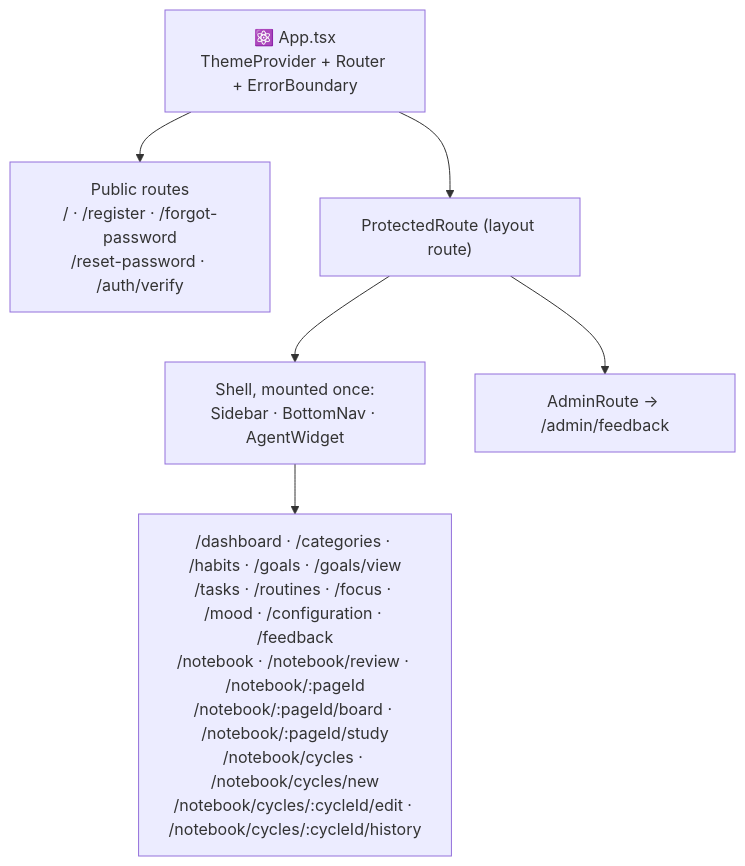
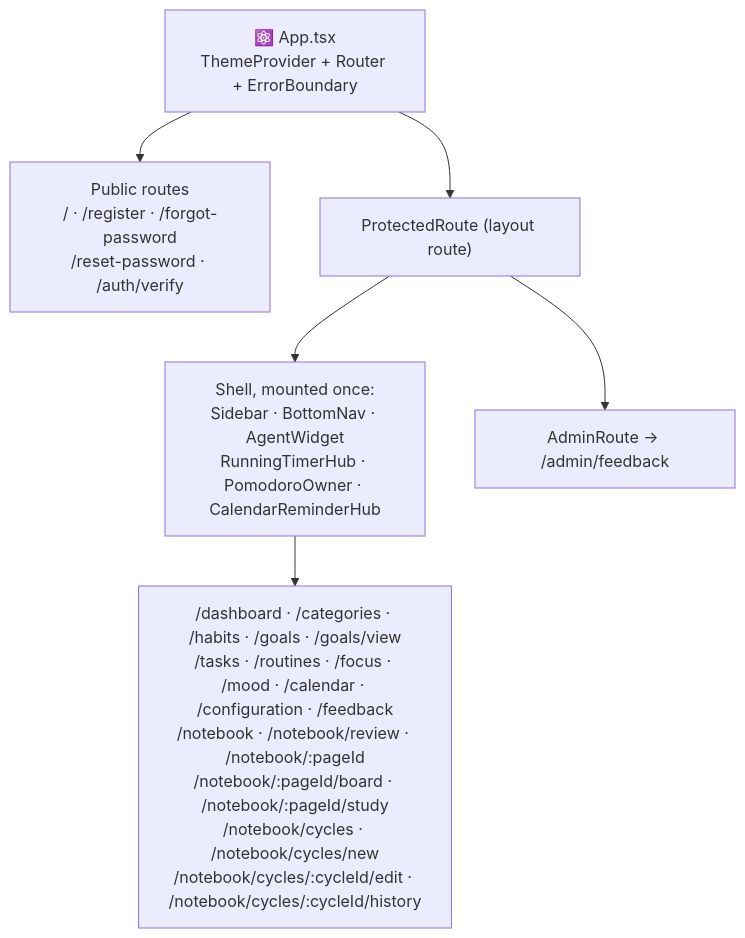
One commit to AndDev741/Beyou-arch-design changed the diagram in architecture/ui-components/en.md. Above: the diagram before and after it, drawn with Mermaid. The commit also changed other lines of this file and 32 other files, not shown here.

````diff
--- a/architecture/ui-components/en.md
+++ b/architecture/ui-components/en.md
@@ -10,9 +10,9 @@
 ```mermaid
 flowchart TD
   APP["⚛️ App.tsx<br/>ThemeProvider + Router + ErrorBoundary"]
   APP --> PUB["Public routes<br/>/ · /register · /forgot-password<br/>/reset-password · /auth/verify"]
   APP --> PROT["ProtectedRoute (layout route)"]
-  PROT --> SHELL["Shell, mounted once:<br/>Sidebar · BottomNav · AgentWidget"]
-  SHELL --> PAGES["/dashboard · /categories · /habits · /goals · /goals/view<br/>/tasks · /routines · /focus · /mood · /configuration · /feedback<br/>/notebook · /notebook/review · /notebook/:pageId<br/>/notebook/:pageId/board · /notebook/:pageId/study<br/>/notebook/cycles · /notebook/cycles/new<br/>/notebook/cycles/:cycleId/edit · /notebook/cycles/:cycleId/history"]
+  PROT --> SHELL["Shell, mounted once:<br/>Sidebar · BottomNav · AgentWidget<br/>RunningTimerHub · PomodoroOwner · CalendarReminderHub"]
+  SHELL --> PAGES["/dashboard · /categories · /habits · /goals · /goals/view<br/>/tasks · /routines · /focus · /mood · /calendar · /configuration · /feedback<br/>/notebook · /notebook/review · /notebook/:pageId<br/>/notebook/:pageId/board · /notebook/:pageId/study<br/>/notebook/cycles · /notebook/cycles/new<br/>/notebook/cycles/:cycleId/edit · /notebook/cycles/:cycleId/history"]
   PROT --> ADMIN["AdminRoute → /admin/feedback"]
 ```
````
